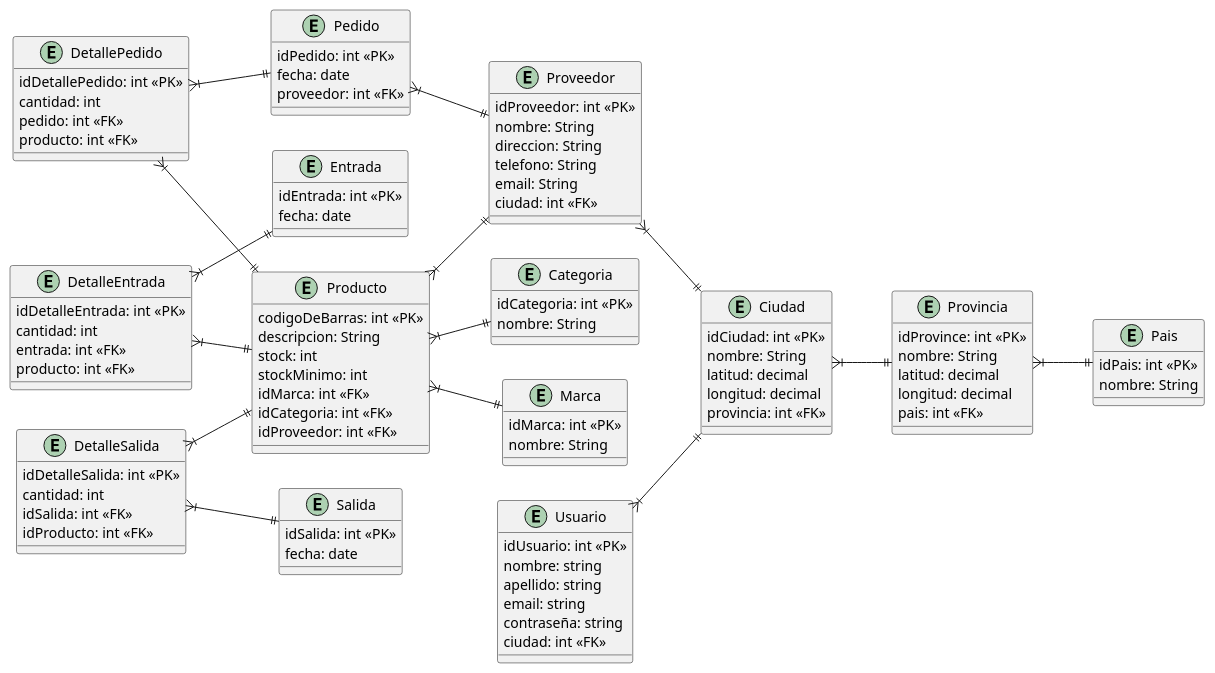
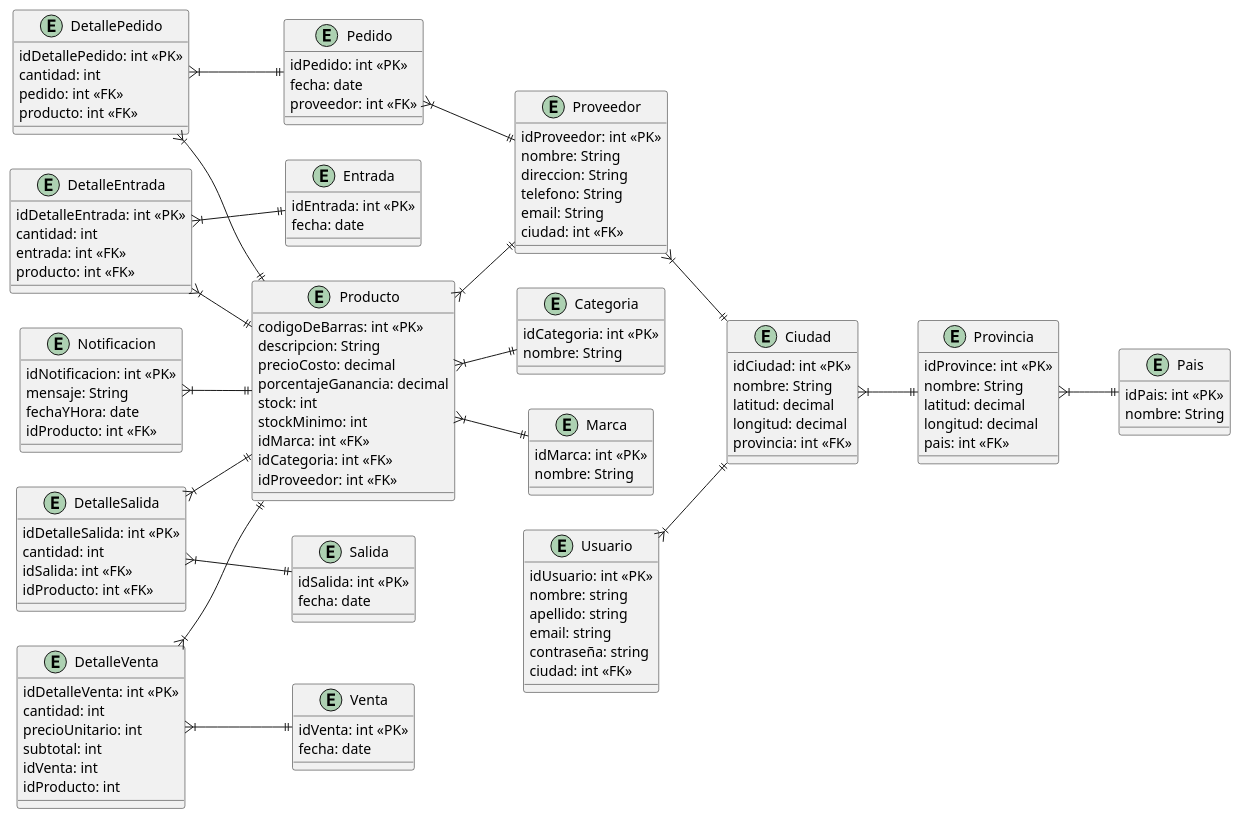
The diagram in Diagramas/Diagrama de Entidad Relacion.puml (MartinCostamagna/ControlDeStock), drawn with PlantUML before and after one commit. The commit also changed 24 other files, not shown here.

```diff
--- a/Diagramas/Diagrama de Entidad Relacion.puml
+++ b/Diagramas/Diagrama de Entidad Relacion.puml
@@ -1,114 +1,140 @@
 @startuml Diagrama de Entidad Relacion
 left to right direction
 entity Producto {
     codigoDeBarras: int <<PK>>
     descripcion: String
+    precioCosto: decimal
+    porcentajeGanancia: decimal
     stock: int
     stockMinimo: int
     idMarca: int <<FK>>
     idCategoria: int <<FK>>
     idProveedor: int <<FK>>
 }
 
 entity Marca {
     idMarca: int <<PK>>
     nombre: String
 }
 
 entity Categoria {
     idCategoria: int <<PK>>
     nombre: String
 }
 
 entity Proveedor {
     idProveedor: int <<PK>>
     nombre: String
     direccion: String
     telefono: String
     email: String
     ciudad: int <<FK>>
 }
 
 entity Ciudad {
     idCiudad: int <<PK>>
     nombre: String
     latitud: decimal
     longitud: decimal
     provincia: int <<FK>>
 }
 
 entity Provincia {
     idProvince: int <<PK>>
     nombre: String
     latitud: decimal
     longitud: decimal
     pais: int <<FK>>
 }
 
 entity Pais {
     idPais: int <<PK>>
     nombre: String
 }
 
 entity Pedido {
     idPedido: int <<PK>>
     fecha: date
     proveedor: int <<FK>>
 }
 
 entity DetallePedido {
     idDetallePedido: int <<PK>>
     cantidad: int
     pedido: int <<FK>>
     producto: int <<FK>>
 }
 
 entity Entrada {
     idEntrada: int <<PK>>
     fecha: date
 }
 
 entity DetalleEntrada {
     idDetalleEntrada: int <<PK>>
     cantidad: int
     entrada: int <<FK>>
     producto: int <<FK>>
 }
 
 entity Salida {
     idSalida: int <<PK>>
     fecha: date
 }
 
 entity DetalleSalida {
     idDetalleSalida: int <<PK>>
     cantidad: int
     idSalida: int <<FK>>
     idProducto: int <<FK>>
 }
 
 entity Usuario {
     idUsuario: int <<PK>>
     nombre: string
     apellido: string
     email: string
     contraseña: string
     ciudad: int <<FK>>
 }
 
+entity Venta {
+    idVenta: int <<PK>>
+    fecha: date
+}
+
+entity DetalleVenta {
+    idDetalleVenta: int <<PK>>
+    cantidad: int
+    precioUnitario: int
+    subtotal: int
+    idVenta: int
+    idProducto: int
+}
+
+entity Notificacion {
+    idNotificacion: int <<PK>>
+    mensaje: String
+    fechaYHora: date
+    idProducto: int <<FK>>
+}
+
 Producto }|--|| Marca
 Producto }|--|| Categoria
 Producto }|--|| Proveedor
 Proveedor }|--|| Ciudad
 Usuario }|--|| Ciudad
 Ciudad }|--|| Provincia
 Provincia }|--|| Pais
 Pedido }|--|| Proveedor
 DetallePedido }|--|| Pedido
 DetallePedido }|--|| Producto
 DetalleEntrada }|--|| Entrada
 DetalleEntrada }|--|| Producto
 DetalleSalida }|--|| Salida
 DetalleSalida }|--|| Producto
+DetalleVenta }|--|| Venta
+DetalleVenta }|--|| Producto
+Notificacion }|--|| Producto
 
 @enduml
```
